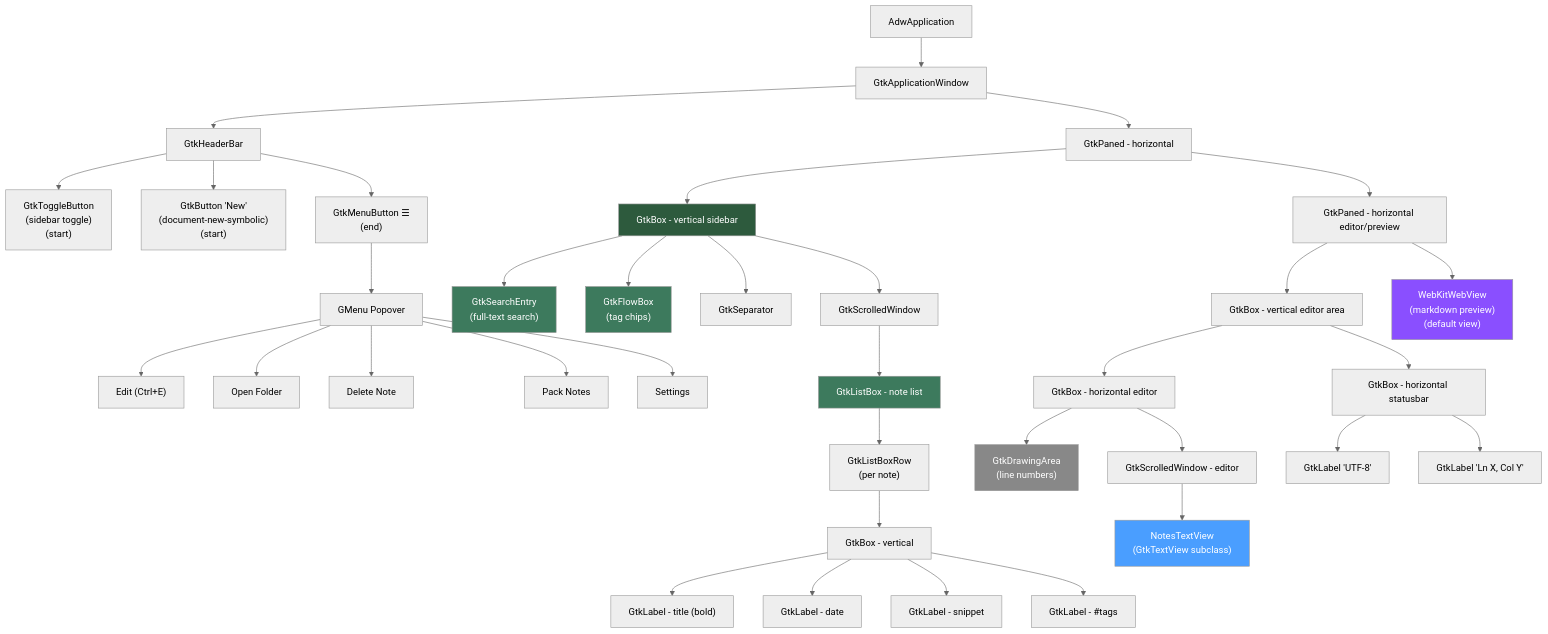
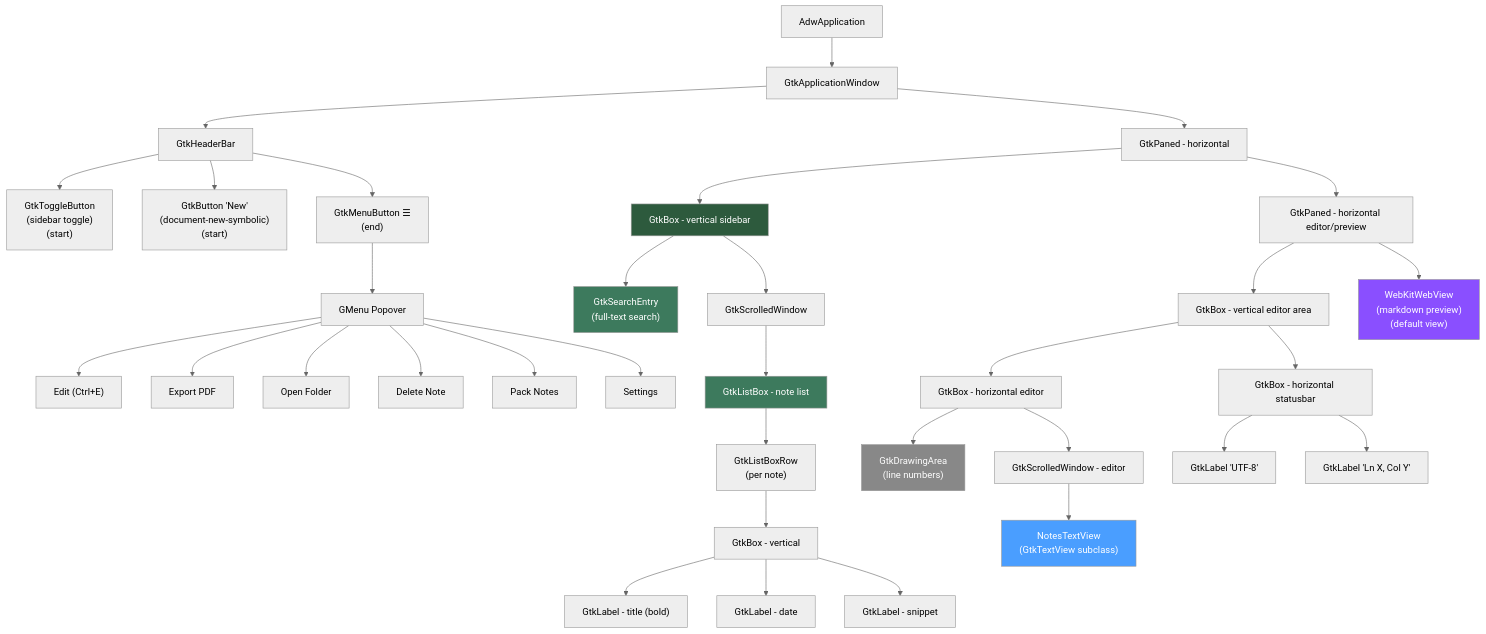
The first of 7 diagrams in docs/diagrams.md (dkrse/notes-desktop), drawn with Mermaid (neutral theme) before and after one commit. The commit also changed other lines of this file and 10 other files, not shown here.

````diff
--- a/docs/diagrams.md
+++ b/docs/diagrams.md
@@ -5,52 +5,49 @@
 ```mermaid
 graph TD
     A[AdwApplication] --> B[GtkApplicationWindow]
     B --> C[GtkHeaderBar]
     B --> P[GtkPaned - horizontal]
 
     C --> C0["GtkToggleButton<br/>(sidebar toggle)<br/>(start)"]
     C --> C4["GtkButton 'New'<br/>(document-new-symbolic)<br/>(start)"]
     C --> C2["GtkMenuButton ☰<br/>(end)"]
     C2 --> C3[GMenu Popover]
     C3 --> C3e["Edit (Ctrl+E)"]
+    C3 --> C3f["Export PDF"]
     C3 --> C3a["Open Folder"]
     C3 --> C3d["Delete Note"]
     C3 --> C3b["Pack Notes"]
     C3 --> C3c["Settings"]
 
     P --> SB[GtkBox - vertical sidebar]
     P --> PP[GtkPaned - horizontal editor/preview]
     PP --> EV[GtkBox - vertical editor area]
     PP --> WK["WebKitWebView<br/>(markdown preview)<br/>(default view)"]
 
     SB --> SE["GtkSearchEntry<br/>(full-text search)"]
-    SB --> TF["GtkFlowBox<br/>(tag chips)"]
-    SB --> SP[GtkSeparator]
     SB --> LS[GtkScrolledWindow]
     LS --> LB[GtkListBox - note list]
     LB --> LR["GtkListBoxRow<br/>(per note)"]
     LR --> NB["GtkBox - vertical"]
     NB --> NT["GtkLabel - title (bold)"]
     NB --> ND["GtkLabel - date"]
     NB --> NS["GtkLabel - snippet"]
-    NB --> NG["GtkLabel - #tags"]
 
     EV --> E[GtkBox - horizontal editor]
     EV --> F[GtkBox - horizontal statusbar]
 
     E --> G["GtkDrawingArea<br/>(line numbers)"]
     E --> H[GtkScrolledWindow - editor]
 
     H --> H1["NotesTextView<br/>(GtkTextView subclass)"]
 
     F --> F1["GtkLabel 'UTF-8'"]
     F --> F2["GtkLabel 'Ln X, Col Y'"]
 
     style H1 fill:#4a9eff,color:#fff
     style G fill:#888,color:#fff
     style WK fill:#8a4fff,color:#fff
     style SB fill:#2d5a3d,color:#fff
     style SE fill:#3d7a5d,color:#fff
-    style TF fill:#3d7a5d,color:#fff
     style LB fill:#3d7a5d,color:#fff
 ```
````
